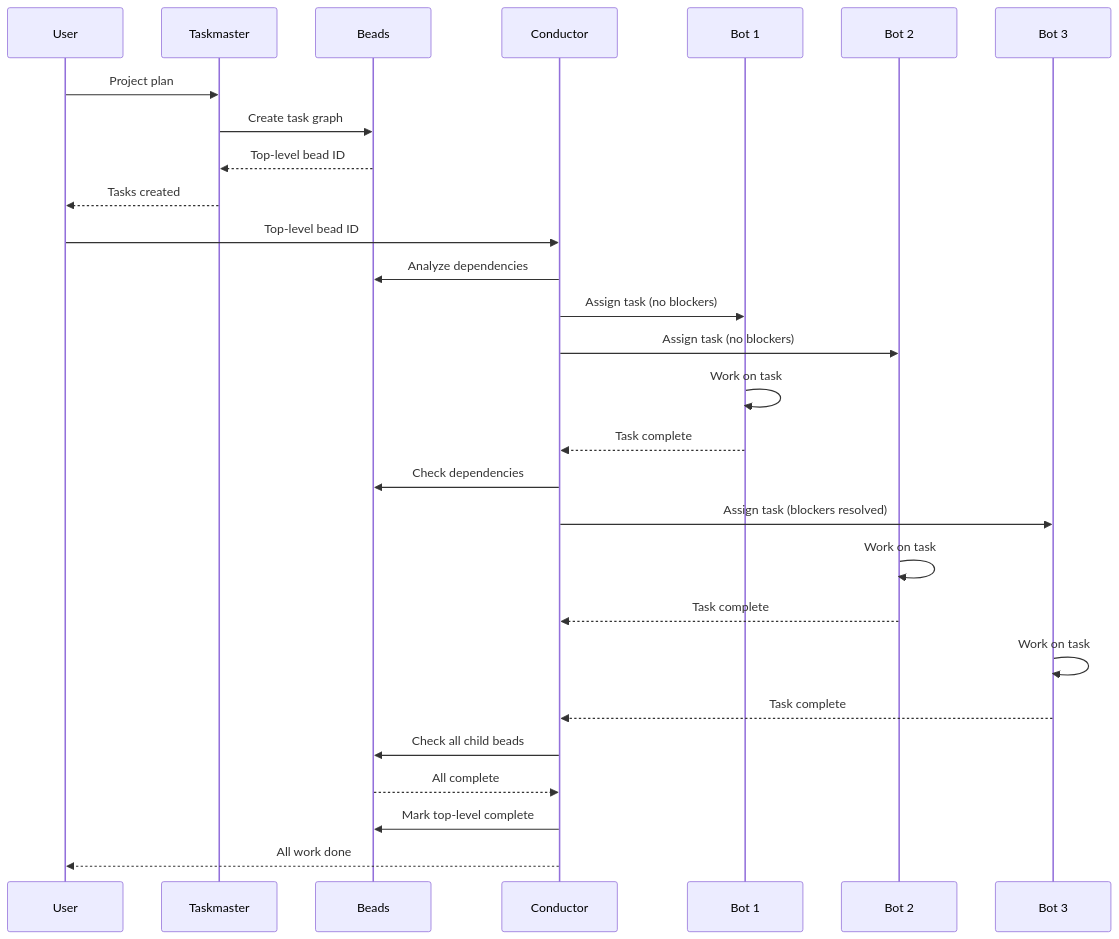
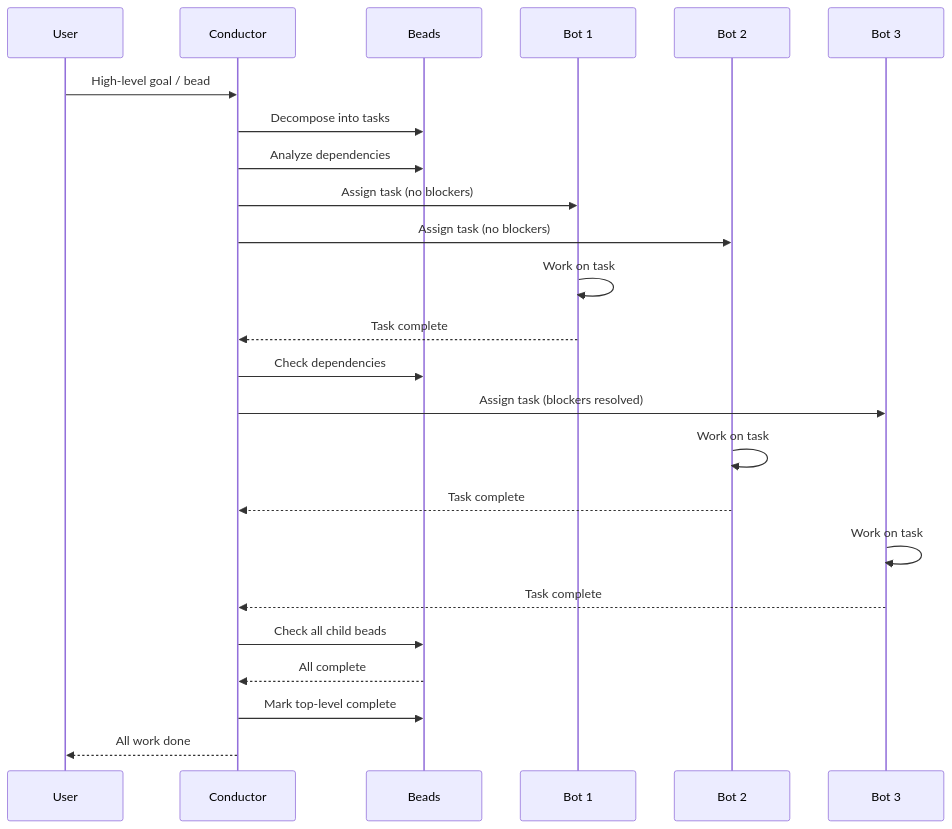
The diagram in docs/diagrams/automation-workflow.mmd (lneely/anvillm), drawn with Mermaid before and after one commit. The commit also changed 1 other file, not shown here.

Commit message:
Update automation workflow diagram: Conductor decomposes goals directly, remove Taskmaster

```diff
--- a/docs/diagrams/automation-workflow.mmd
+++ b/docs/diagrams/automation-workflow.mmd
@@ -1,36 +1,31 @@
 sequenceDiagram
     participant User
-    participant Taskmaster
+    participant Conductor
     participant Beads
-    participant Conductor
     participant Bot1 as Bot 1
     participant Bot2 as Bot 2
     participant Bot3 as Bot 3
     
-    User->>Taskmaster: Project plan
-    Taskmaster->>Beads: Create task graph
-    Beads-->>Taskmaster: Top-level bead ID
-    Taskmaster-->>User: Tasks created
-    
-    User->>Conductor: Top-level bead ID
+    User->>Conductor: High-level goal / bead
+    Conductor->>Beads: Decompose into tasks
     Conductor->>Beads: Analyze dependencies
     
     Conductor->>Bot1: Assign task (no blockers)
     Conductor->>Bot2: Assign task (no blockers)
     
     Bot1->>Bot1: Work on task
     Bot1-->>Conductor: Task complete
     
     Conductor->>Beads: Check dependencies
     Conductor->>Bot3: Assign task (blockers resolved)
     
     Bot2->>Bot2: Work on task
     Bot2-->>Conductor: Task complete
     
     Bot3->>Bot3: Work on task
     Bot3-->>Conductor: Task complete
     
     Conductor->>Beads: Check all child beads
     Beads-->>Conductor: All complete
     Conductor->>Beads: Mark top-level complete
     Conductor-->>User: All work done
```
